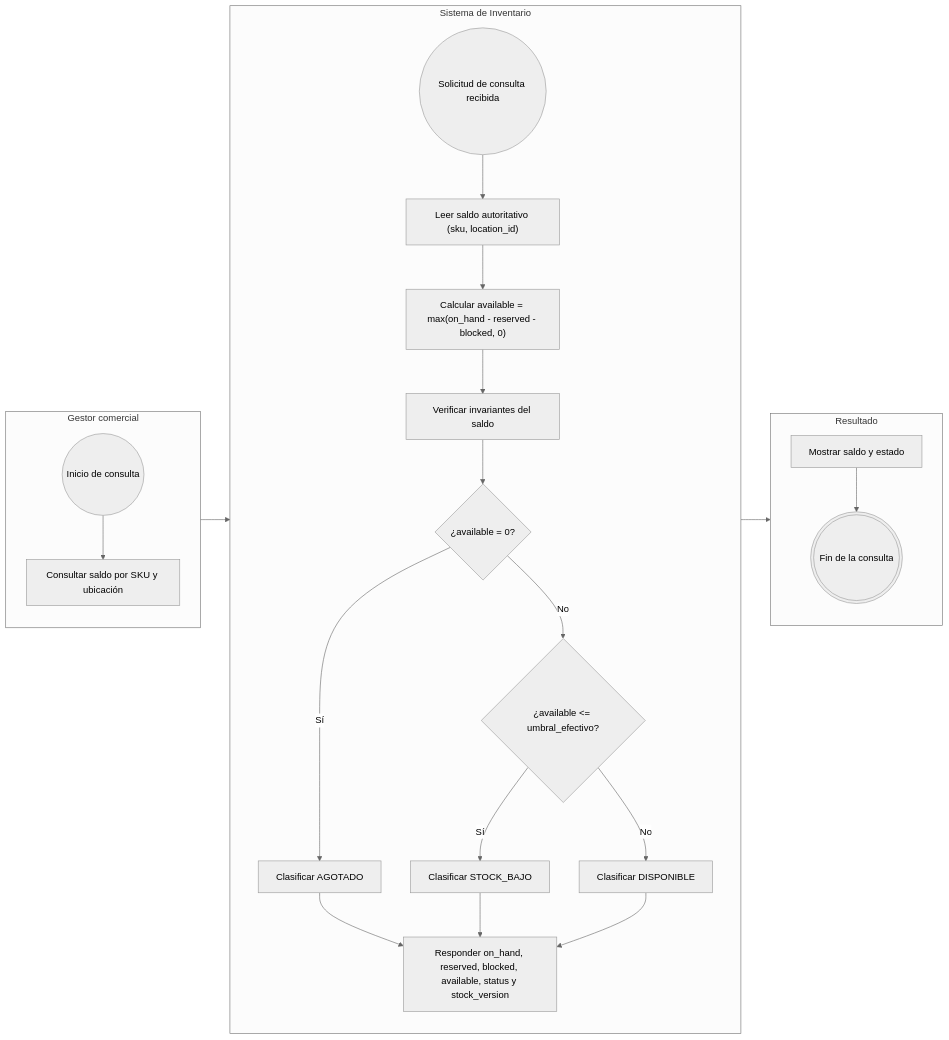
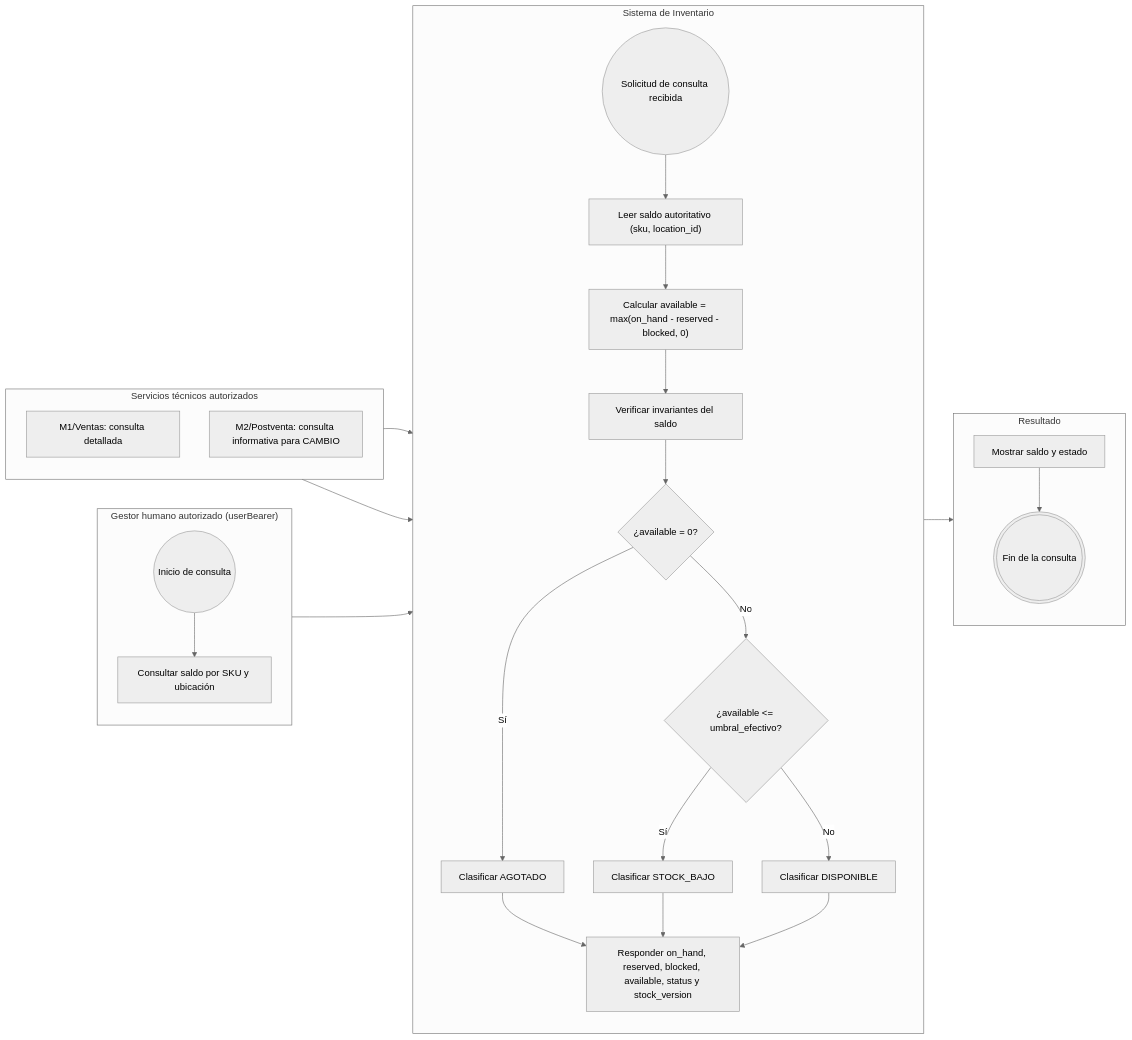
The first of 13 diagrams in requisitos/flujos/FLOW-015-control-stock-disponibilidad.md (Taller-SW-Web/G6-Productos-Ofertas-docs), drawn with Mermaid (neutral theme) before and after one commit. The commit also changed other lines of this file and 4 other files, not shown here.

````diff
--- a/requisitos/flujos/FLOW-015-control-stock-disponibilidad.md
+++ b/requisitos/flujos/FLOW-015-control-stock-disponibilidad.md
@@ -39,44 +39,52 @@
 ```mermaid
 flowchart LR
-    subgraph GESTOR["Gestor comercial"]
+    subgraph GESTOR["Gestor humano autorizado (userBearer)"]
         direction TB
         INICIO((Inicio de consulta))
         A1["Consultar saldo por SKU y ubicación"]
+    end
+
+    subgraph SERV["Servicios técnicos autorizados"]
+        direction TB
+        M1["M1/Ventas: consulta detallada"]
+        M2["M2/Postventa: consulta informativa para CAMBIO"]
     end
 
     subgraph INV["Sistema de Inventario"]
         direction TB
         E1(("Solicitud de consulta recibida"))
         A2["Leer saldo autoritativo (sku, location_id)"]
         A3["Calcular available = max(on_hand - reserved - blocked, 0)"]
         A4["Verificar invariantes del saldo"]
         D1{"¿available = 0?"}
         D2{"¿available <= umbral_efectivo?"}
         A5["Clasificar AGOTADO"]
         A6["Clasificar STOCK_BAJO"]
         A7["Clasificar DISPONIBLE"]
         A8["Responder on_hand, reserved, blocked, available, status y stock_version"]
     end
 
     subgraph RES["Resultado"]
         direction TB
         F1["Mostrar saldo y estado"]
         FIN(((Fin de la consulta)))
     end
 
     INICIO --> A1
     A1 --> E1
+    M1 --> E1
+    M2 --> E1
     E1 --> A2
     A2 --> A3
     A3 --> A4
     A4 --> D1
     D1 -->|"Sí"| A5
     D1 -->|"No"| D2
     D2 -->|"Sí"| A6
     D2 -->|"No"| A7
     A5 --> A8
     A6 --> A8
     A7 --> A8
     A8 --> F1
     F1 --> FIN
 ```
````
